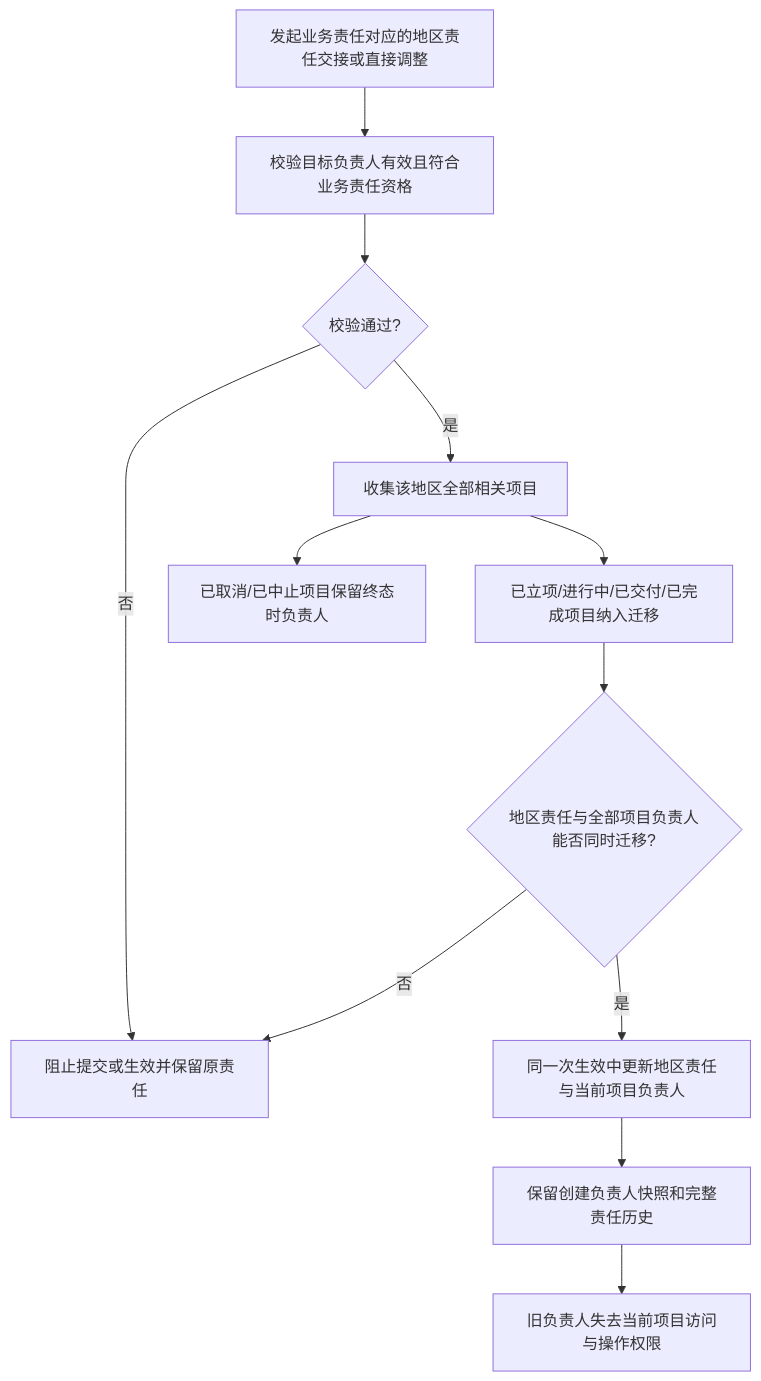
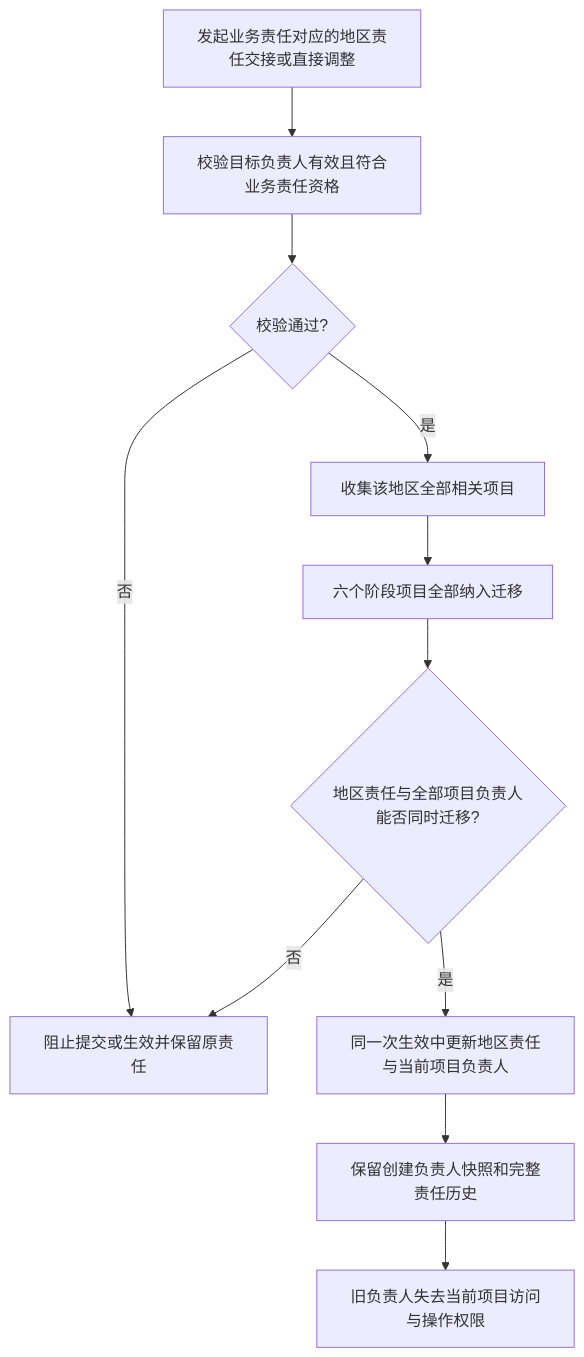
Before and after one commit to Joker-1030/Yingjia-Internal-Management-System: the diagram in prd-workspace/current/user-flows/FLOW-16-M11-project-responsibility-handover.md, drawn with Mermaid. The commit also changed other lines of this file and 42 other files, not shown here.

````diff
--- a/prd-workspace/current/user-flows/FLOW-16-M11-project-responsibility-handover.md
+++ b/prd-workspace/current/user-flows/FLOW-16-M11-project-responsibility-handover.md
@@ -8,14 +8,13 @@
 ```mermaid
 flowchart TD
     A[发起业务责任对应的地区责任交接或直接调整] --> B[校验目标负责人有效且符合业务责任资格]
     B --> C{校验通过?}
     C -- 否 --> D[阻止提交或生效并保留原责任]
     C -- 是 --> E[收集该地区全部相关项目]
-    E --> F[已立项/进行中/已交付/已完成项目纳入迁移]
-    E --> G[已取消/已中止项目保留终态时负责人]
+    E --> F[六个阶段项目全部纳入迁移]
     F --> H{地区责任与全部项目负责人能否同时迁移?}
     H -- 否 --> D
     H -- 是 --> I[同一次生效中更新地区责任与当前项目负责人]
     I --> J[保留创建负责人快照和完整责任历史]
     J --> K[旧负责人失去当前项目访问与操作权限]
 ```
````
